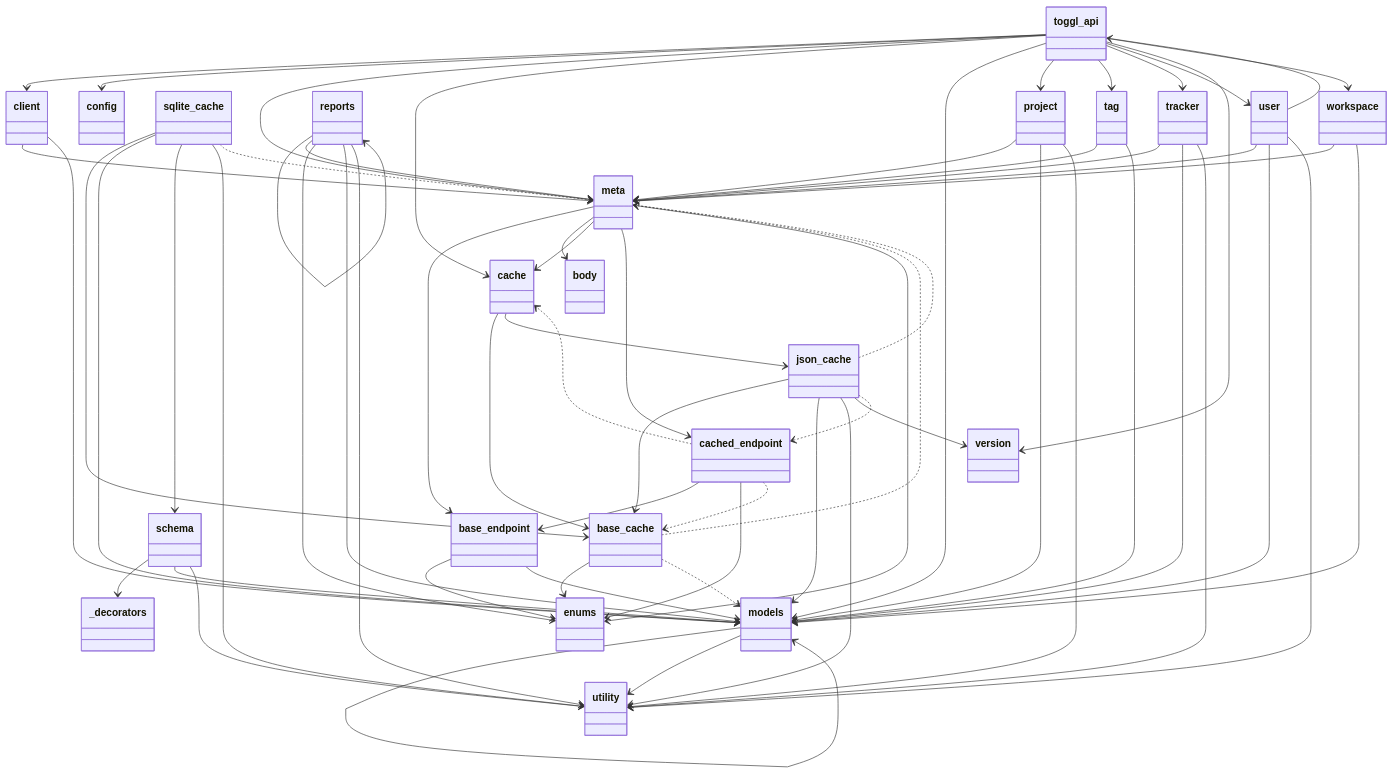
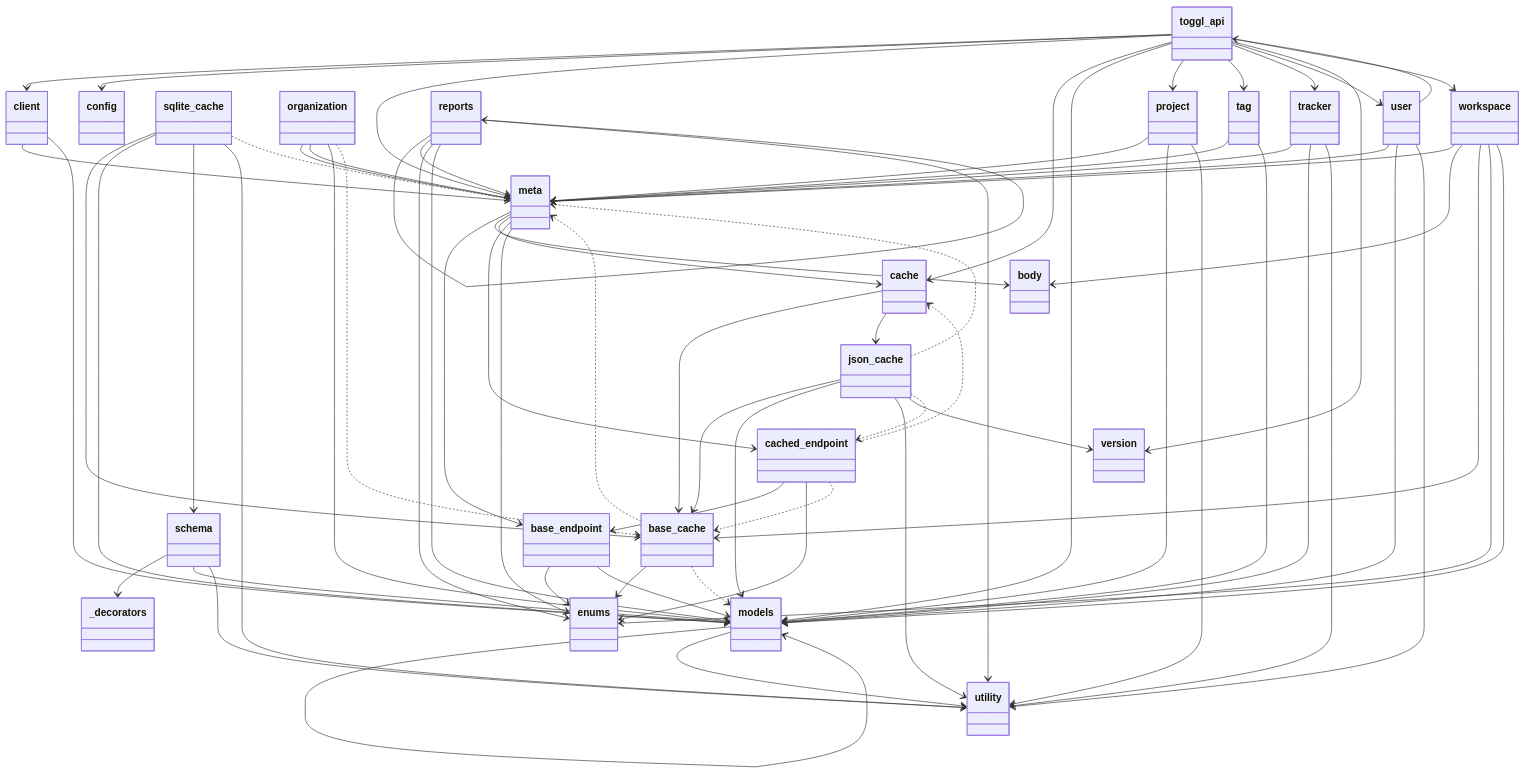
One commit to ddkasa/toggl-api-wrapper changed the diagram in docs/static/mermaid/packages.mmd. Above: the diagram before and after it, drawn with Mermaid. The commit also changed 2 other files, not shown here.

Commit message:
docs(api): update project structure and mermaid

```diff
--- a/docs/static/mermaid/packages.mmd
+++ b/docs/static/mermaid/packages.mmd
@@ -1,115 +1,124 @@
 classDiagram
   class toggl_api {
   }
   class client {
   }
   class config {
   }
   class meta {
   }
   class base_endpoint {
   }
   class body {
   }
   class cache {
   }
   class base_cache {
   }
   class json_cache {
   }
   class sqlite_cache {
   }
   class cached_endpoint {
   }
   class enums {
   }
   class models {
   }
   class _decorators {
   }
   class models {
   }
   class schema {
+  }
+  class organization {
   }
   class project {
   }
   class reports {
   }
   class reports {
   }
   class tag {
   }
   class tracker {
   }
   class user {
   }
   class utility {
   }
   class version {
   }
   class workspace {
   }
   toggl_api --> client
   toggl_api --> config
   toggl_api --> meta
   toggl_api --> cache
   toggl_api --> models
   toggl_api --> project
   toggl_api --> tag
   toggl_api --> tracker
   toggl_api --> user
   toggl_api --> version
   toggl_api --> workspace
   client --> meta
   client --> models
   meta --> base_endpoint
   meta --> body
   meta --> cache
   meta --> cached_endpoint
   meta --> enums
   base_endpoint --> enums
   base_endpoint --> models
   cache --> base_cache
   cache --> json_cache
   base_cache --> enums
   json_cache --> base_cache
   json_cache --> models
   json_cache --> utility
   json_cache --> version
   sqlite_cache --> base_cache
   sqlite_cache --> models
   sqlite_cache --> schema
   sqlite_cache --> utility
   cached_endpoint --> base_endpoint
   cached_endpoint --> enums
   models --> models
   models --> utility
   schema --> _decorators
   schema --> models
   schema --> utility
+  organization --> meta
+  organization --> meta
+  organization --> models
   project --> meta
   project --> models
   project --> utility
   reports --> reports
   reports --> meta
   reports --> enums
   reports --> models
   reports --> utility
   tag --> meta
   tag --> models
   tracker --> meta
   tracker --> models
   tracker --> utility
   user --> toggl_api
   user --> meta
   user --> models
   user --> utility
   workspace --> meta
+  workspace --> body
+  workspace --> base_cache
+  workspace --> enums
   workspace --> models
   base_cache ..> meta
   base_cache ..> models
   json_cache ..> meta
   json_cache ..> cached_endpoint
   sqlite_cache ..> meta
   cached_endpoint ..> cache
   cached_endpoint ..> base_cache
+  organization ..> base_cache
```
